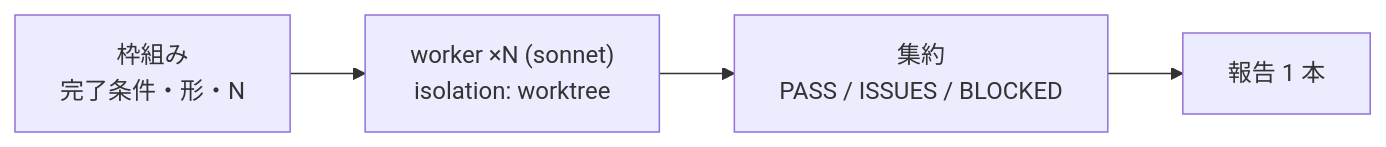
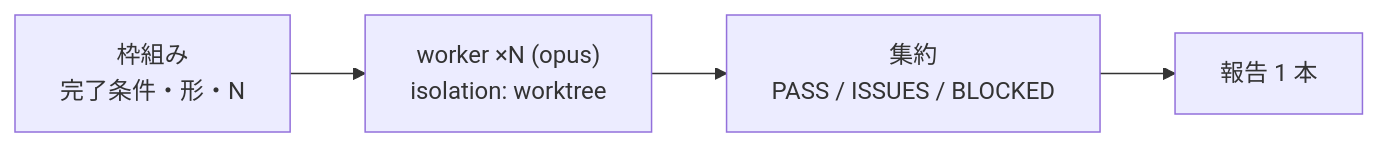
The eighth of 12 diagrams in pstack-cc/docs/skill-map.ja.md (souljazzfunk/lab), drawn with Mermaid before and after one commit. The commit also changed other lines of this file and 116 other files, not shown here.

````diff
--- a/pstack-cc/docs/skill-map.ja.md
+++ b/pstack-cc/docs/skill-map.ja.md
@@ -168,6 +160,6 @@
 ```mermaid
 flowchart LR
-  A["枠組み<br/>完了条件・形・N"] --> B["worker ×N (sonnet)<br/>isolation: worktree"]
+  A["枠組み<br/>完了条件・形・N"] --> B["worker ×N (opus)<br/>isolation: worktree"]
   B --> C["集約<br/>PASS / ISSUES / BLOCKED"]
   C --> D[報告 1 本]
 ```
````
